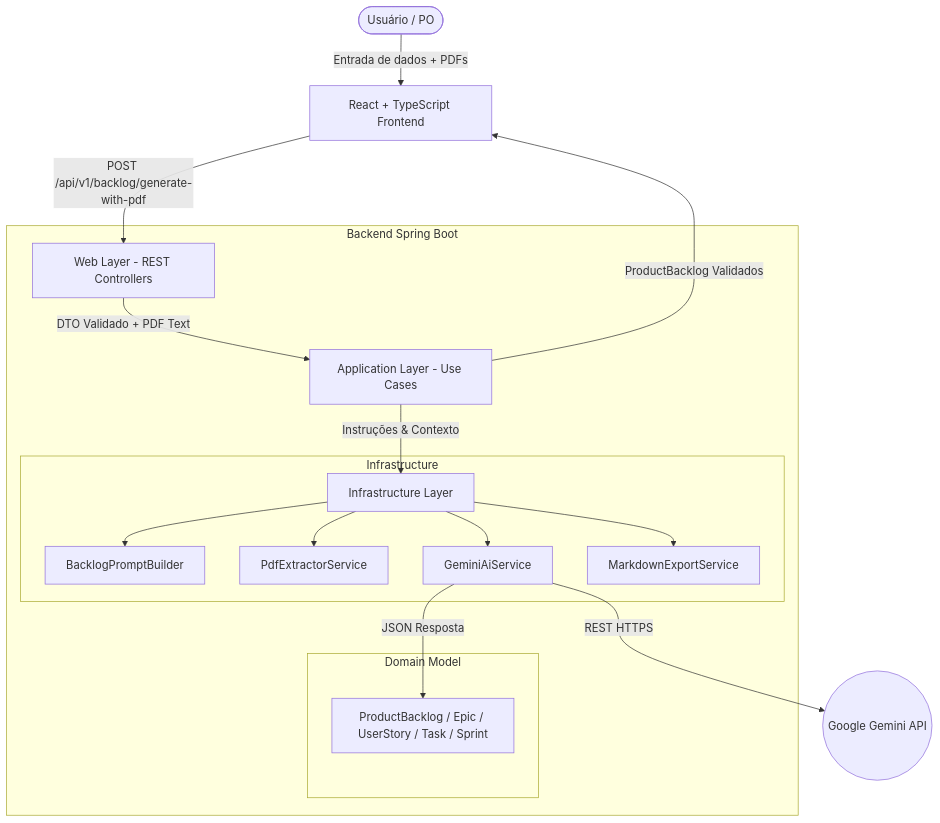
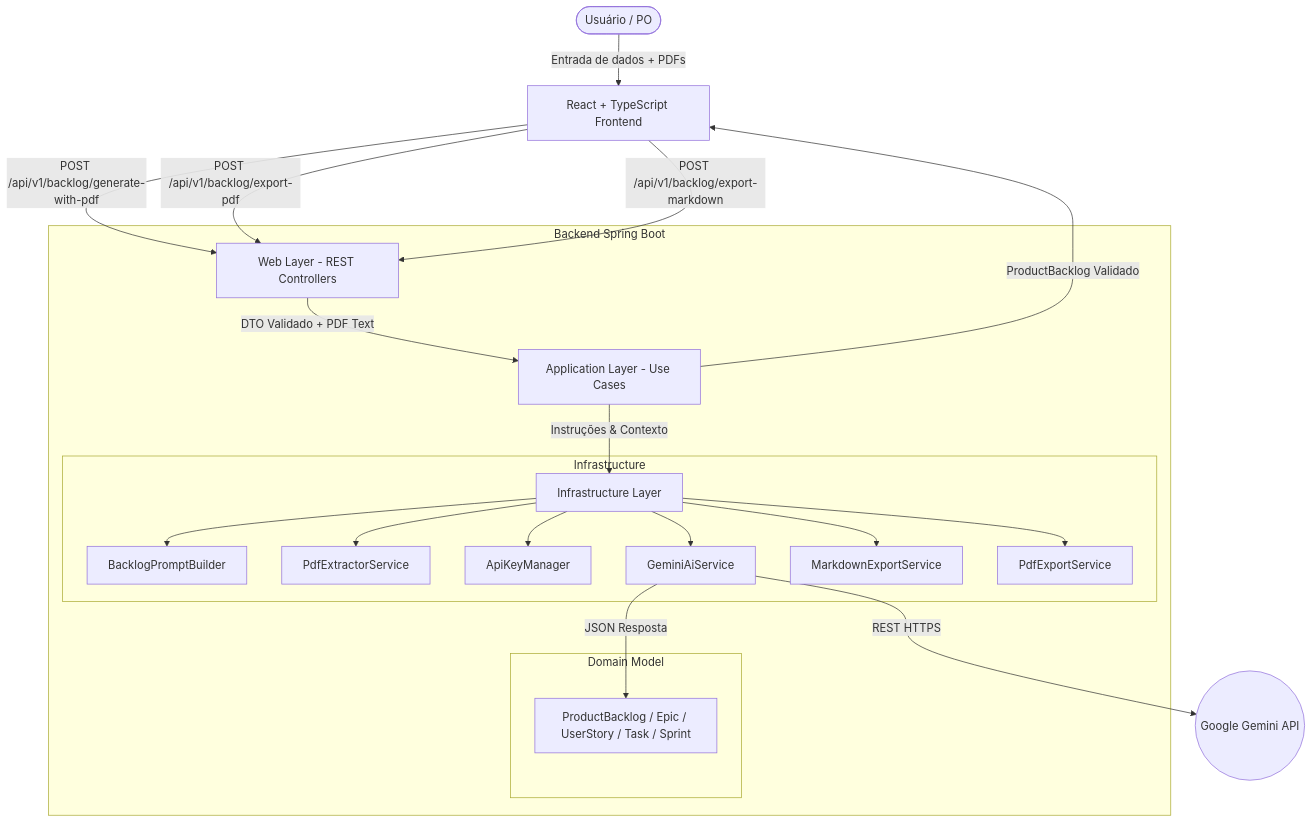
Before and after one commit to DanielDPereira/BacklogForge: the diagram in docs/architecture.md, drawn with Mermaid. The commit also changed other lines of this file and 5 other files, not shown here.

Commit message:
docs: update all project documentation to reflect multimodal OCR, multi-key rotation and PDF export

````diff
--- a/docs/architecture.md
+++ b/docs/architecture.md
@@ -14,26 +14,30 @@
 ```mermaid
 graph TD
     User([Usuário / PO]) -->|Entrada de dados + PDFs| Frontend[React + TypeScript Frontend]
     Frontend -->|POST /api/v1/backlog/generate-with-pdf| WebLayer[Web Layer - REST Controllers]
+    Frontend -->|POST /api/v1/backlog/export-pdf| WebLayer
+    Frontend -->|POST /api/v1/backlog/export-markdown| WebLayer
     
     subgraph Backend Spring Boot
         WebLayer -->|DTO Validado + PDF Text| AppLayer[Application Layer - Use Cases]
         AppLayer -->|Instruções & Contexto| InfraLayer[Infrastructure Layer]
         
         subgraph Infrastructure
             InfraLayer --> PromptBuilder[BacklogPromptBuilder]
             InfraLayer --> PDFBox[PdfExtractorService]
+            InfraLayer --> ApiKeyManager[ApiKeyManager]
             InfraLayer --> GeminiService[GeminiAiService]
             InfraLayer --> MarkdownExport[MarkdownExportService]
+            InfraLayer --> PdfExport[PdfExportService]
         end
         
         subgraph Domain Model
             Domain[ProductBacklog / Epic / UserStory / Task / Sprint]
         end
         
         GeminiService -->|JSON Resposta| Domain
     end
     
     GeminiService -->|REST HTTPS| GeminiAPI((Google Gemini API))
-    AppLayer -->|ProductBacklog Validados| Frontend
+    AppLayer -->|ProductBacklog Validado| Frontend
 ```
````
